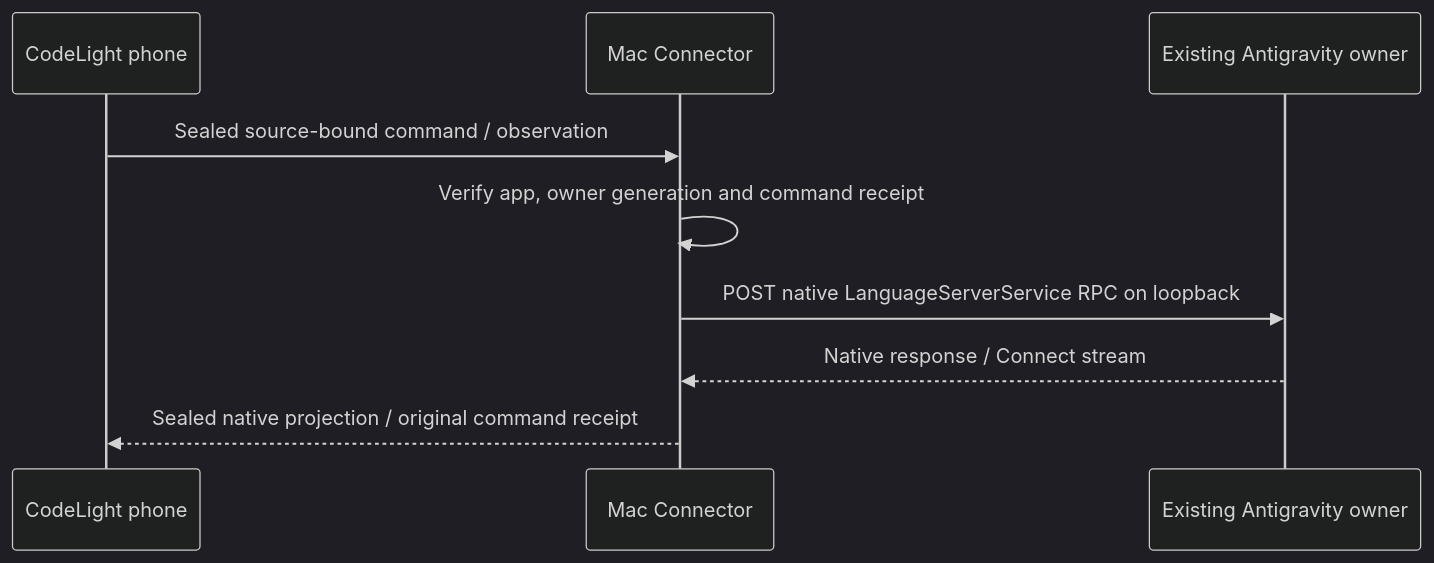
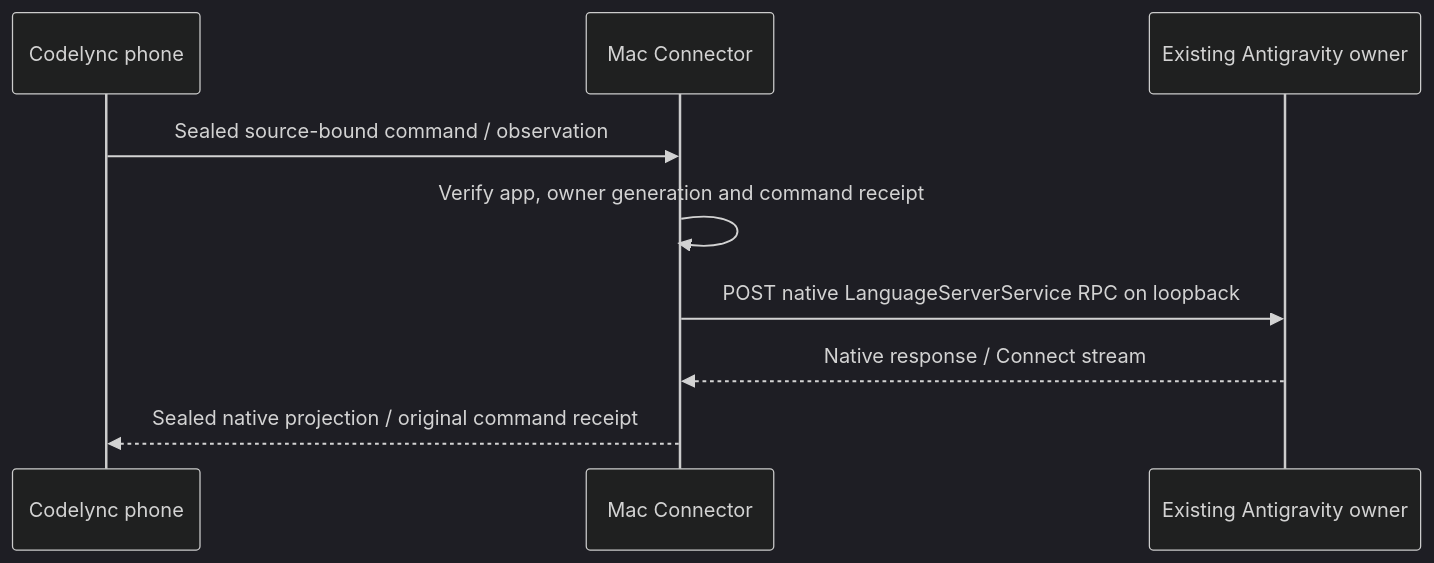
The diagram in spec/antigravity-wire.md (mapix/Codelync), drawn with Mermaid (dark theme) before and after one commit. The commit also changed other lines of this file and 880 other files, not shown here.

````diff
--- a/spec/antigravity-wire.md
+++ b/spec/antigravity-wire.md
@@ -15,11 +15,11 @@
 ```mermaid
 sequenceDiagram
-    participant Phone as CodeLight phone
+    participant Phone as Codelync phone
     participant Connector as Mac Connector
     participant Native as Existing Antigravity owner
     Phone->>Connector: Sealed source-bound command / observation
     Connector->>Connector: Verify app, owner generation and command receipt
     Connector->>Native: POST native LanguageServerService RPC on loopback
     Native-->>Connector: Native response / Connect stream
     Connector-->>Phone: Sealed native projection / original command receipt
 ```
````
